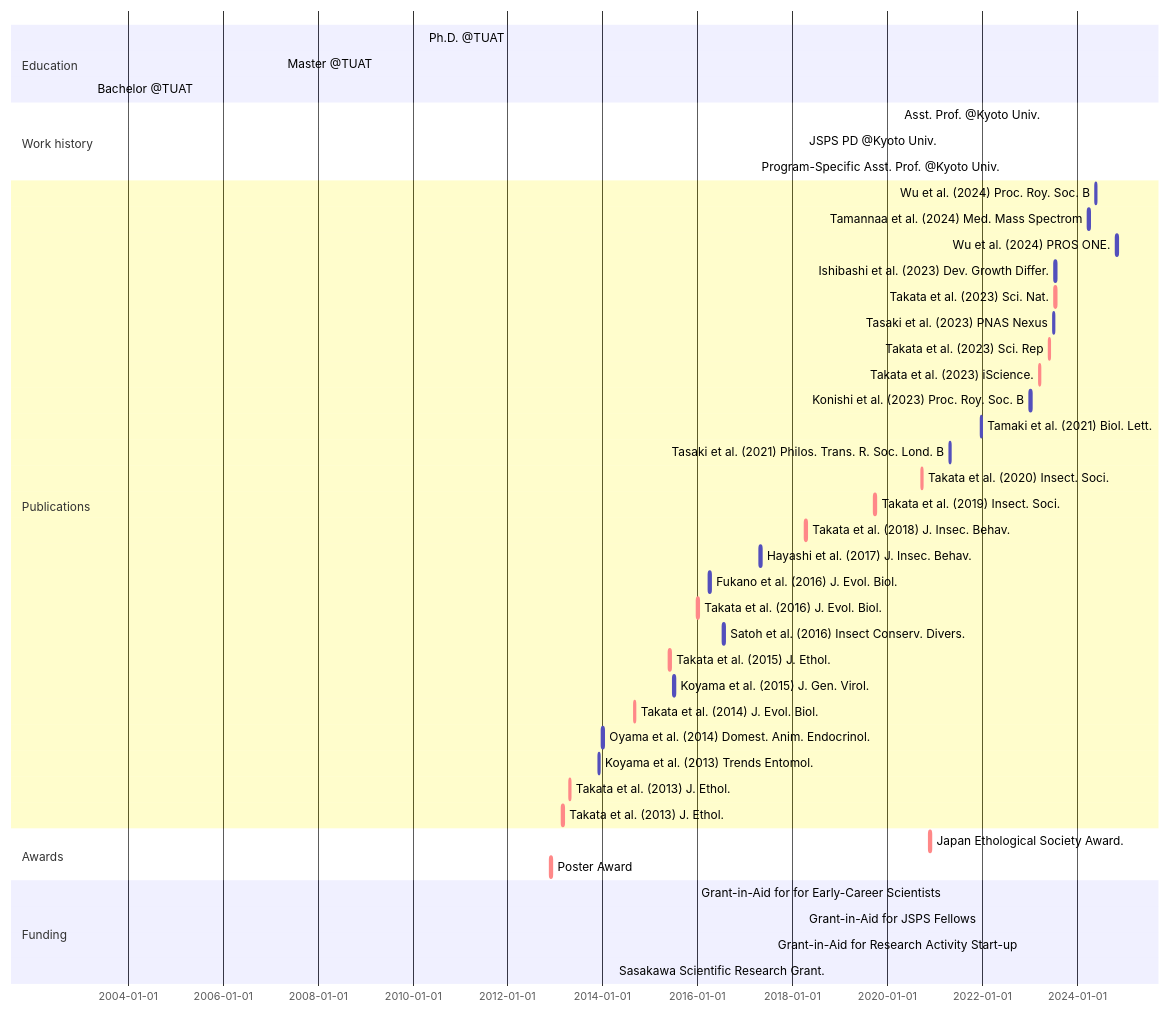
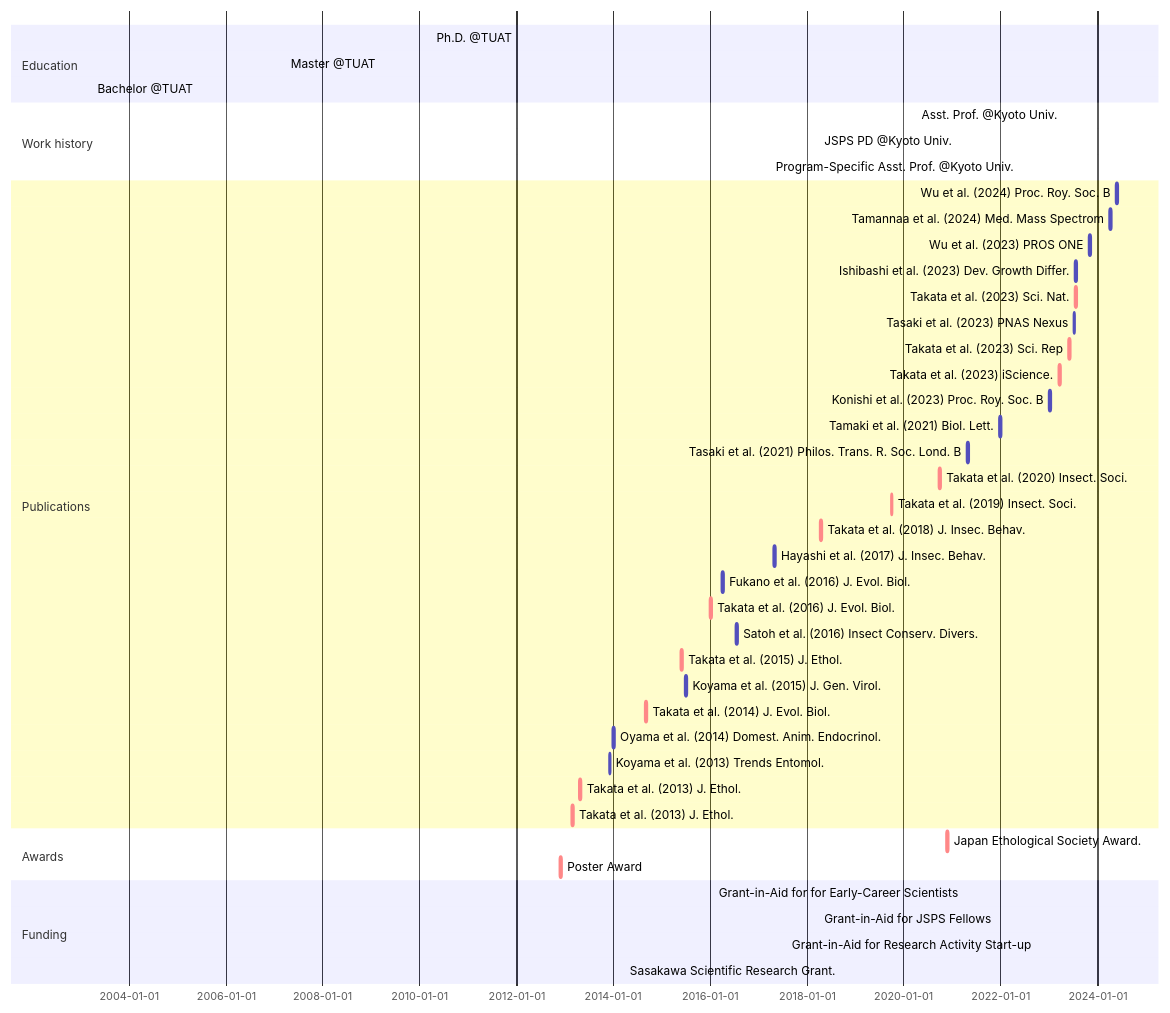
Before and after one commit to MamoruTakata/MamoruTakata.github.io: the diagram in _includes/mermaid.md, drawn with Mermaid.

````diff
--- a/_includes/mermaid.md
+++ b/_includes/mermaid.md
@@ -1,46 +1,46 @@
 ```mermaid
 gantt
 section Education
   Ph.D. @TUAT    : Ph.D., 2010-04-01, 2013-09-18
   Master @TUAT   : MS, 2007-04-01, 2010-03-31
   Bachelor @TUAT : BS, 2003-04-01, 2007-03-31
 
 section Work history
   Asst. Prof. @Kyoto Univ.                      : done, Asst. Prof., 2020-04-01, 2026-03-31
   JSPS PD @Kyoto Univ.                          : done, PD, 2018-04-01, 2020-03-31
   Program-Specific Asst. Prof. @Kyoto Univ.     : done, Program-Specific Asst. Prof., 2017-04-01, 2018-03-31
 section Publications
   Wu et al. (2024) Proc. Roy. Soc. B            :       Wu et al. 2024, 2024-05-22, 2w
   Tamannaa et al. (2024) Med. Mass Spectrom     :       Tamannaa et al. 2024, 2024-04-01, 2w
-  Wu et al. (2024) PROS ONE.                    :       Wu et al. 2023, 2024-11-02, 2w
+  Wu et al. (2023) PROS ONE                     :       Wu et al. 2023, 2023-11-02, 2w
   Ishibashi et al. (2023) Dev. Growth Differ.   :       Ishibashi et al. 2023, 2023-07-18, 2w
   Takata et al. (2023) Sci. Nat.                : crit, Takata et al. 2023c, 2023-07-17, 2w
   Tasaki et al. (2023) PNAS Nexus               :       Tasaki et al. 2023, 2023-07-04, 2w
   Takata et al. (2023) Sci. Rep                 : crit, Takata et al. 2023b, 2023-05-31, 2w
   Takata et al. (2023) iScience.                : crit, Takata et al. 2023a, 2023-03-17, 2w
   Konishi et al. (2023) Proc. Roy. Soc. B       :       Konishi et al. 2023, 2023-01-04, 2w
   Tamaki et al. (2021) Biol. Lett.              :       Tamaki et al. 2021, 2021-12-22, 2w
   Tasaki et al. (2021) Philos. Trans. R. Soc. Lond. B : Tasaki et al. 2021, 2021-04-26, 2w
   Takata et al. (2020) Insect. Soci.            : crit, Takata et al. 2020, 2020-09-22, 2w
   Takata et al. (2019) Insect. Soci.            : crit, Takata et al. 2019, 2019-09-27, 2w
   Takata et al. (2018) J. Insec. Behav.         : crit, Takata et al. 2018, 2018-04-14, 2w
   Hayashi et al. (2017) J. Insec. Behav.        :       Hayashi et al. 2017, 2017-04-29, 2w
   Fukano et al. (2016) J. Evol. Biol.           :       Fukano et al. 2016, 2016-04-01, 2w
   Takata et al. (2016) J. Evol. Biol.           : crit, Takata et al. 2016, 2016-01-01, 2w
   Satoh et al. (2016) Insect Conserv. Divers.   :       Satoh et al. 2016, 2016-07-16, 2w
   Takata et al. (2015) J. Ethol.                : crit, Takata et al. 2015, 2015-05-28, 2w
   Koyama et al. (2015) J. Gen. Virol.           :       Koyama et al. 2015, 2015-07-01, 2w
   Takata et al. (2014) J. Evol. Biol.           : crit, Takata et al. 2014, 2014-09-01, 2w
   Oyama et al. (2014) Domest. Anim. Endocrinol. :       Oyama et al. 2014, 2014-01-01, 2w
   Koyama et al. (2013) Trends Entomol.          :       Koyama et al. 2013, 2013-12-01, 2w
   Takata et al. (2013) J. Ethol.                : crit, Takata et al. 2015b, 2013-04-21, 2w
   Takata et al. (2013) J. Ethol.                : crit, Takata et al. 2015a, 2013-02-23, 2w
 section Awards
   Japan Ethological Society Award.              : crit, aw_2, 2020-11-21, 2w
   Poster Award                                  : crit, aw_1, 2012-11-24, 2w
 section Funding
   Grant-in-Aid for for Early-Career Scientists  : active, grant_young, 2021-04-01, 2026-03-31
   Grant-in-Aid for JSPS Fellows                 : active, grant_PD, 2018-04-01, 2021-03-31
   Grant-in-Aid for Research Activity Start-up   : active, grant_start, 2017-08-01, 2018-03-31
   Sasakawa Scientific Research Grant.           : active, grant_Sasagawa, 2014-04-01, 2015-03-31
 ```
````
